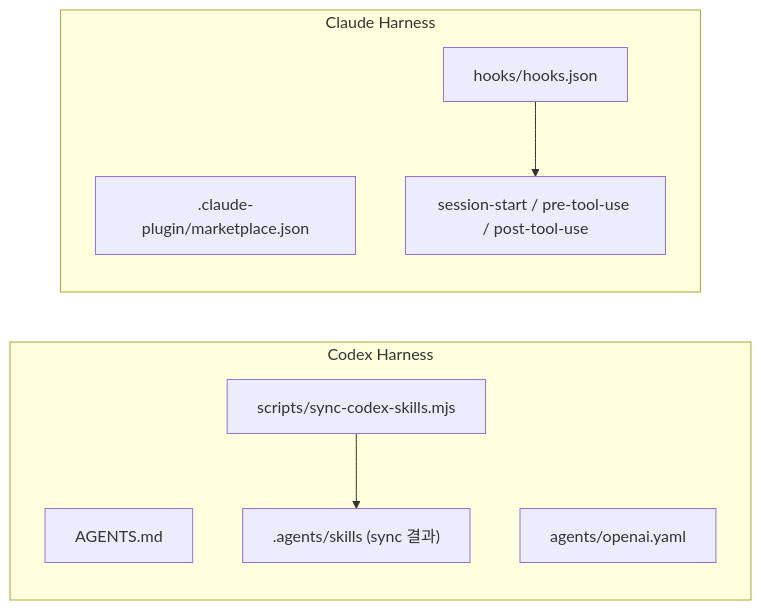
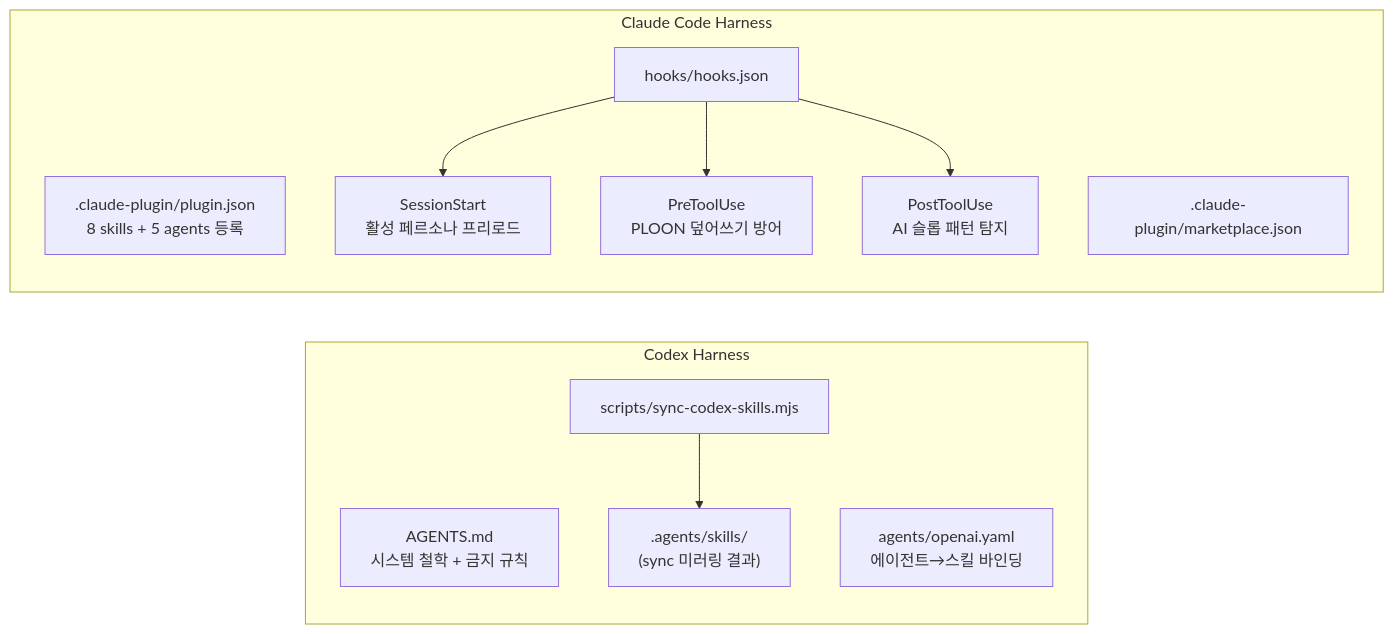
Before and after one commit to kimchanhyung98/agentic-workflows: the sixth of 8 diagrams in polysona/00-diagram.md, drawn with Mermaid. The commit also changed other lines of this file and 4 other files, not shown here.

````diff
--- a/polysona/00-diagram.md
+++ b/polysona/00-diagram.md
@@ -80,17 +169,22 @@
 ```mermaid
 flowchart LR
     subgraph Codex["Codex Harness"]
-        C1["AGENTS.md"]
-        C2["agents/openai.yaml"]
-        C3[".agents/skills (sync 결과)"]
+        C1["AGENTS.md<br/>시스템 철학 + 금지 규칙"]
+        C2["agents/openai.yaml<br/>에이전트→스킬 바인딩"]
+        C3[".agents/skills/<br/>(sync 미러링 결과)"]
         C4["scripts/sync-codex-skills.mjs"]
         C4 --> C3
     end
 
-    subgraph Claude["Claude Harness"]
+    subgraph Claude["Claude Code Harness"]
+        L0[".claude-plugin/plugin.json<br/>8 skills + 5 agents 등록"]
         L1[".claude-plugin/marketplace.json"]
         L2["hooks/hooks.json"]
-        L3["session-start / pre-tool-use / post-tool-use"]
+        L3["SessionStart<br/>활성 페르소나 프리로드"]
+        L4["PreToolUse<br/>PLOON 덮어쓰기 방어"]
+        L5["PostToolUse<br/>AI 슬롭 패턴 탐지"]
         L2 --> L3
+        L2 --> L4
+        L2 --> L5
     end
 ```
````
